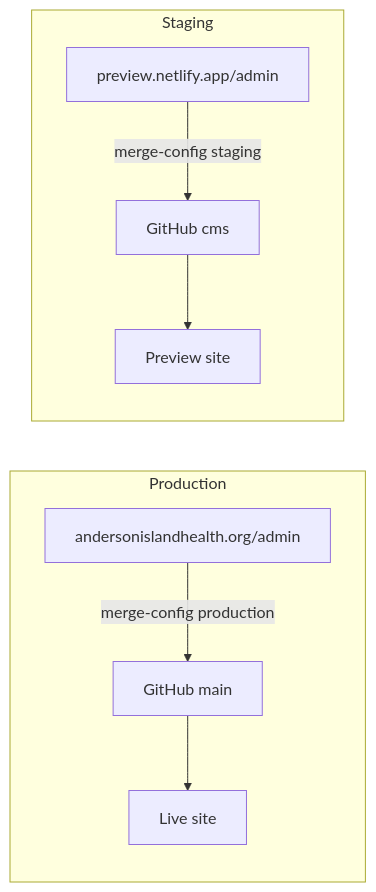
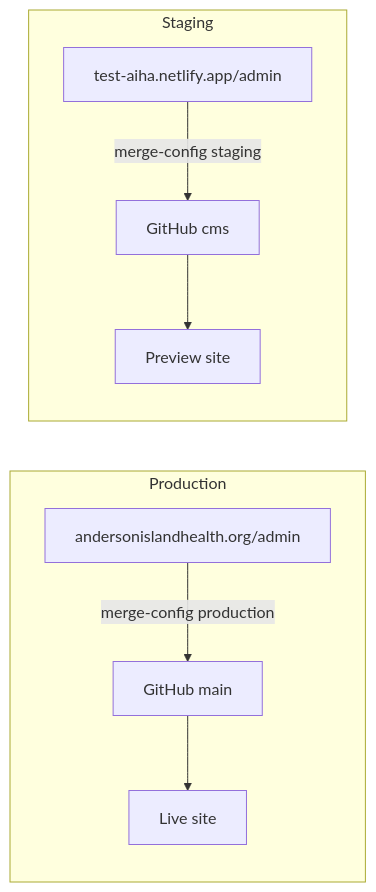
One commit to andersonislandhealth/AI-Health changed the diagram in docs/CMS.md. Above: the diagram before and after it, drawn with Mermaid. The commit also changed other lines of this file and 3 other files, not shown here.

Commit message:
Update staging site URLs in configuration and documentation: Changed all instances of the staging site URL from `incredible-cannoli-8dd540.netlify.app` to `test-aiha.netlify.app` in `config.staging.header.yml`, `config.yml`, `CMS_simple.md`, and `CMS.md` to reflect the new testing environment.

````diff
--- a/docs/CMS.md
+++ b/docs/CMS.md
@@ -32,17 +32,17 @@
 ```mermaid
 flowchart LR
   subgraph prod [Production]
     ProdAdmin["andersonislandhealth.org/admin"]
     MainBranch["GitHub main"]
     ProdSite[Live site]
   end
   subgraph staging [Staging]
-    StgAdmin["preview.netlify.app/admin"]
+    StgAdmin["test-aiha.netlify.app/admin"]
     CmsBranch["GitHub cms"]
     StgSite[Preview site]
   end
   ProdAdmin -->|"merge-config production"| MainBranch
   StgAdmin -->|"merge-config staging"| CmsBranch
   MainBranch --> ProdSite
   CmsBranch --> StgSite
 ```
````
